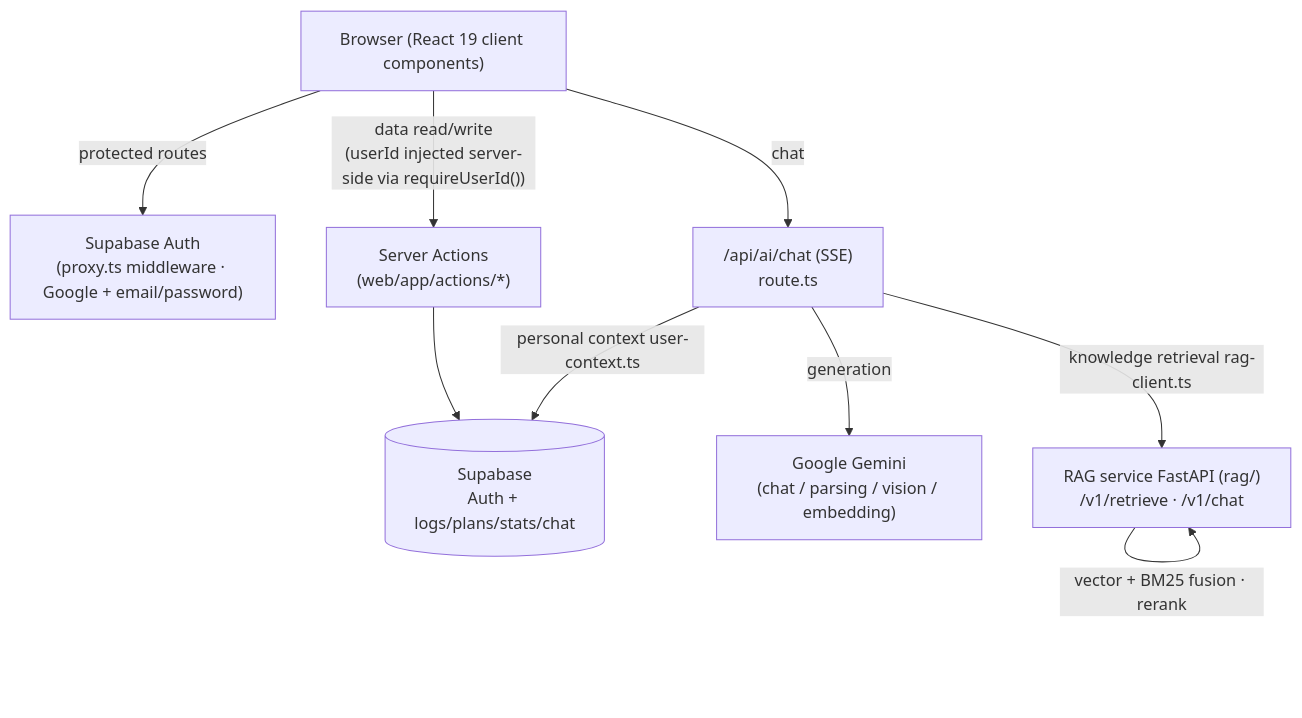
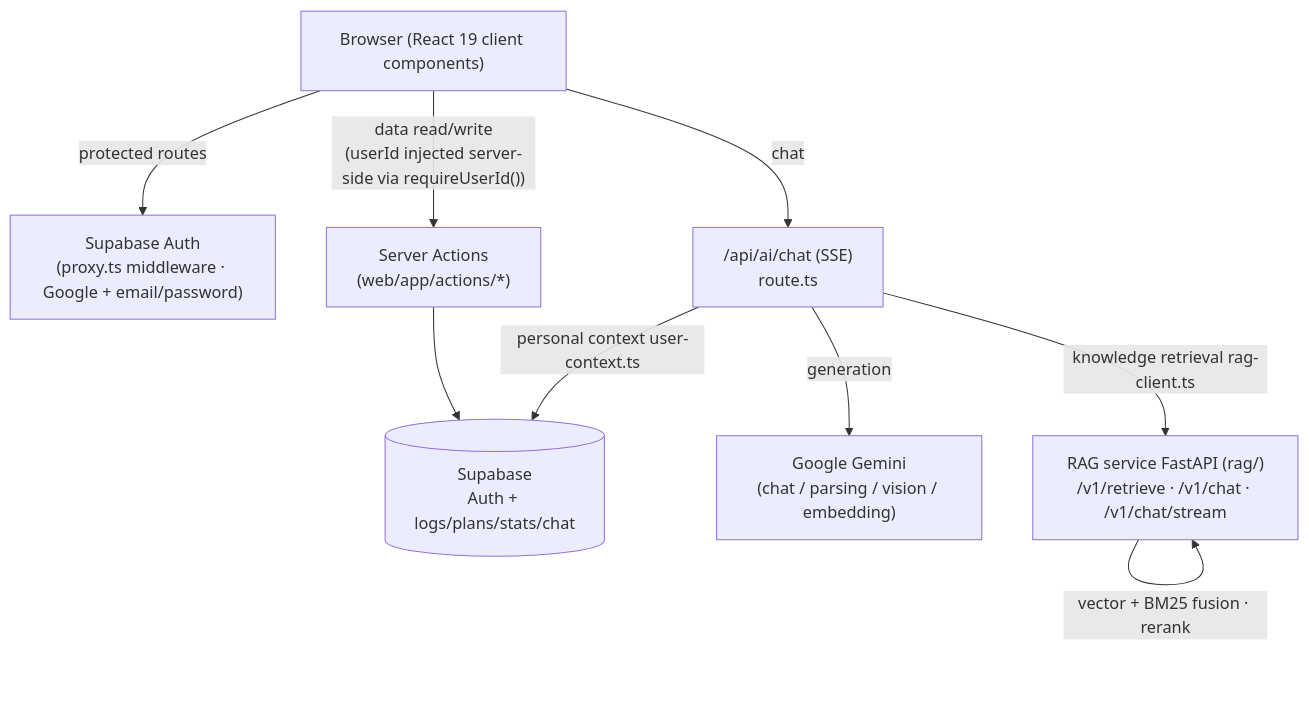
One commit to G1lollipop/fitcore changed the diagram in README.md. Above: the diagram before and after it, drawn with Mermaid. The commit also changed 22 other files, not shown here.

````diff
--- a/README.md
+++ b/README.md
@@ -13,19 +13,19 @@
 ```mermaid
 flowchart TD
     Browser["Browser (React 19 client components)"]
     Auth["Supabase Auth<br/>(proxy.ts middleware · Google + email/password)"]
     Actions["Server Actions<br/>(web/app/actions/*)"]
     ChatAPI["/api/ai/chat (SSE)<br/>route.ts"]
     Supabase[("Supabase<br/>Auth + logs/plans/stats/chat")]
     LLM["Google Gemini<br/>(chat / parsing / vision / embedding)"]
-    RAG["RAG service FastAPI (rag/)<br/>/v1/retrieve · /v1/chat"]
+    RAG["RAG service FastAPI (rag/)<br/>/v1/retrieve · /v1/chat · /v1/chat/stream"]
 
     Browser -->|"protected routes"| Auth
     Browser -->|"data read/write<br/>(userId injected server-side via requireUserId())"| Actions
     Browser -->|"chat"| ChatAPI
     Actions --> Supabase
     ChatAPI -->|"personal context user-context.ts"| Supabase
     ChatAPI -->|"generation"| LLM
     ChatAPI -->|"knowledge retrieval rag-client.ts"| RAG
     RAG -->|"vector + BM25 fusion · rerank"| RAG
 ```
````
